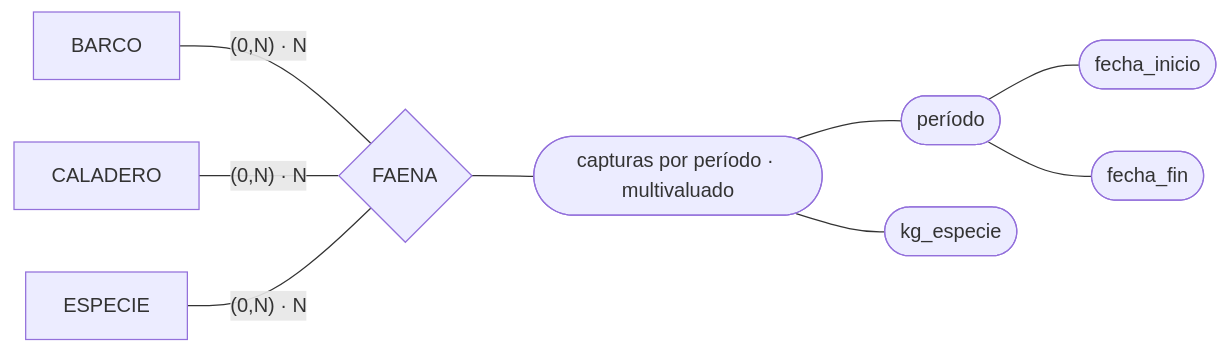
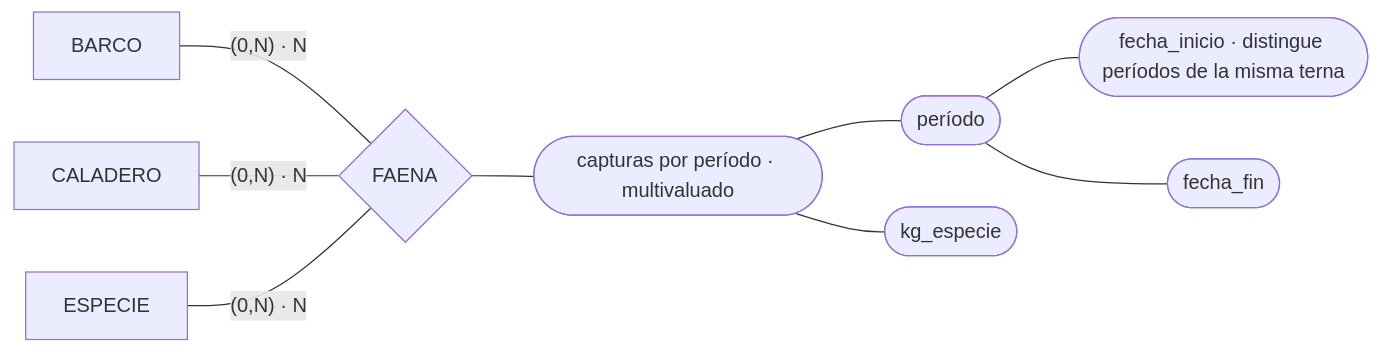
Before and after one commit to JulTob/BasesDeDatos: the diagram in Practica/P1/Schema/Faenaje.md, drawn with Mermaid. The commit also changed other lines of this file and 16 other files, not shown here.

````diff
--- a/Practica/P1/Schema/Faenaje.md
+++ b/Practica/P1/Schema/Faenaje.md
@@ -11,12 +11,12 @@
 ```mermaid
 flowchart LR
   Barco[BARCO] ---|"(0,N) · N"| Faena{FAENA}
   Caladero[CALADERO] ---|"(0,N) · N"| Faena
   Especie[ESPECIE] ---|"(0,N) · N"| Faena
 
   Faena --- capturas(["capturas por período · multivaluado"])
   capturas --- periodo([período])
   capturas --- kilos([kg_especie])
-  periodo --- inicio([fecha_inicio])
+  periodo --- inicio(["fecha_inicio · distingue períodos de la misma terna"])
   periodo --- fin([fecha_fin])
 ```
````
